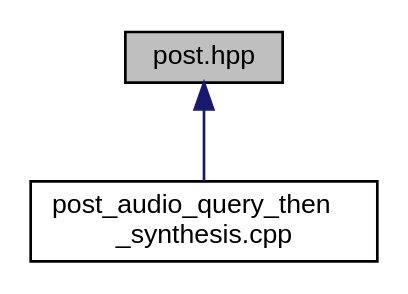
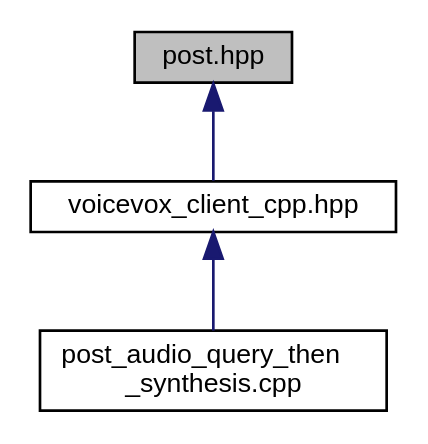
The diagram in post_8hpp__dep__incl.dot (fugashy/voicevox_client_cpp), drawn with Graphviz before and after one commit. The commit also changed 49 other files, not shown here.

```diff
--- a/post_8hpp__dep__incl.dot
+++ b/post_8hpp__dep__incl.dot
@@ -1,9 +1,11 @@
 digraph "post.hpp"
 {
  // LATEX_PDF_SIZE
   edge [fontname="Helvetica",fontsize="10",labelfontname="Helvetica",labelfontsize="10"];
   node [fontname="Helvetica",fontsize="10",shape=record];
   Node1 [label="post.hpp",height=0.2,width=0.4,color="black", fillcolor="grey75", style="filled", fontcolor="black",tooltip=" "];
   Node1 -> Node2 [dir="back",color="midnightblue",fontsize="10",style="solid",fontname="Helvetica"];
-  Node2 [label="post_audio_query_then\l_synthesis.cpp",height=0.2,width=0.4,color="black", fillcolor="white", style="filled",URL="$post__audio__query__then__synthesis_8cpp.html",tooltip=" "];
+  Node2 [label="voicevox_client_cpp.hpp",height=0.2,width=0.4,color="black", fillcolor="white", style="filled",URL="$voicevox__client__cpp_8hpp.html",tooltip=" "];
+  Node2 -> Node3 [dir="back",color="midnightblue",fontsize="10",style="solid",fontname="Helvetica"];
+  Node3 [label="post_audio_query_then\l_synthesis.cpp",height=0.2,width=0.4,color="black", fillcolor="white", style="filled",URL="$post__audio__query__then__synthesis_8cpp.html",tooltip=" "];
 }
```
